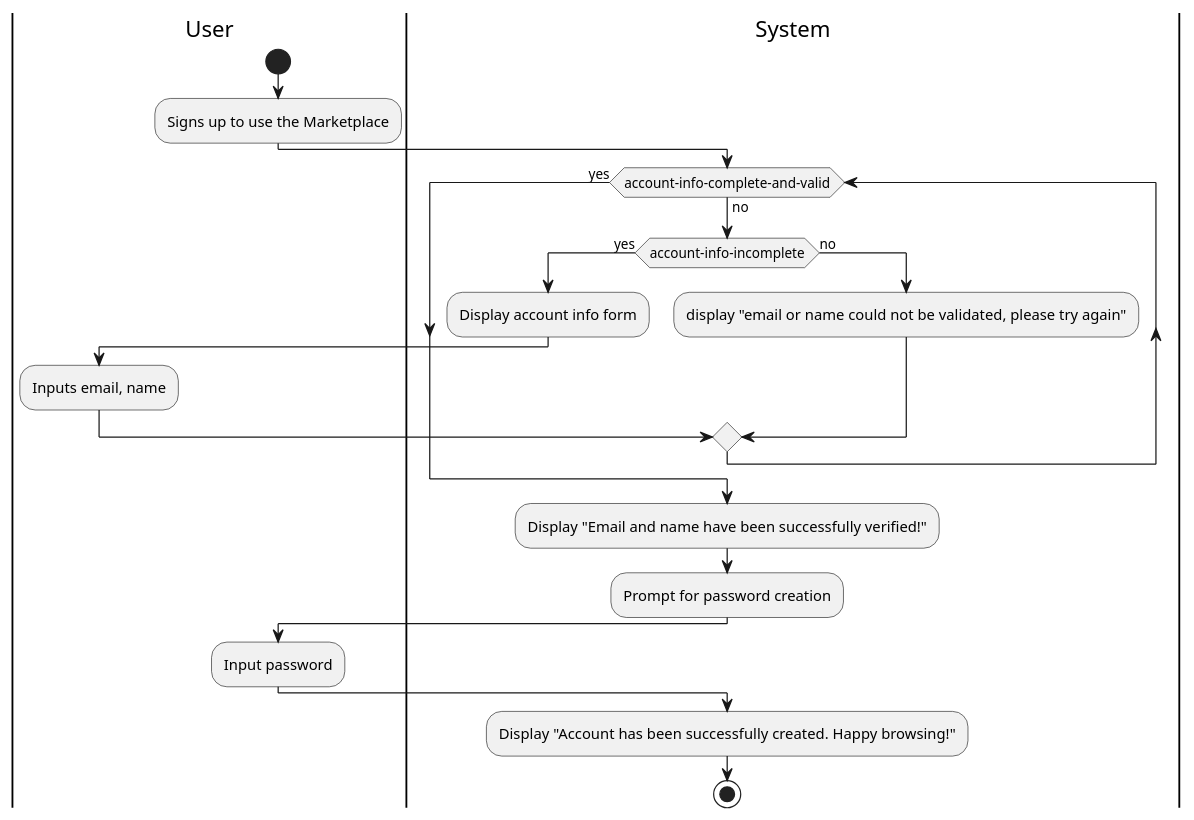
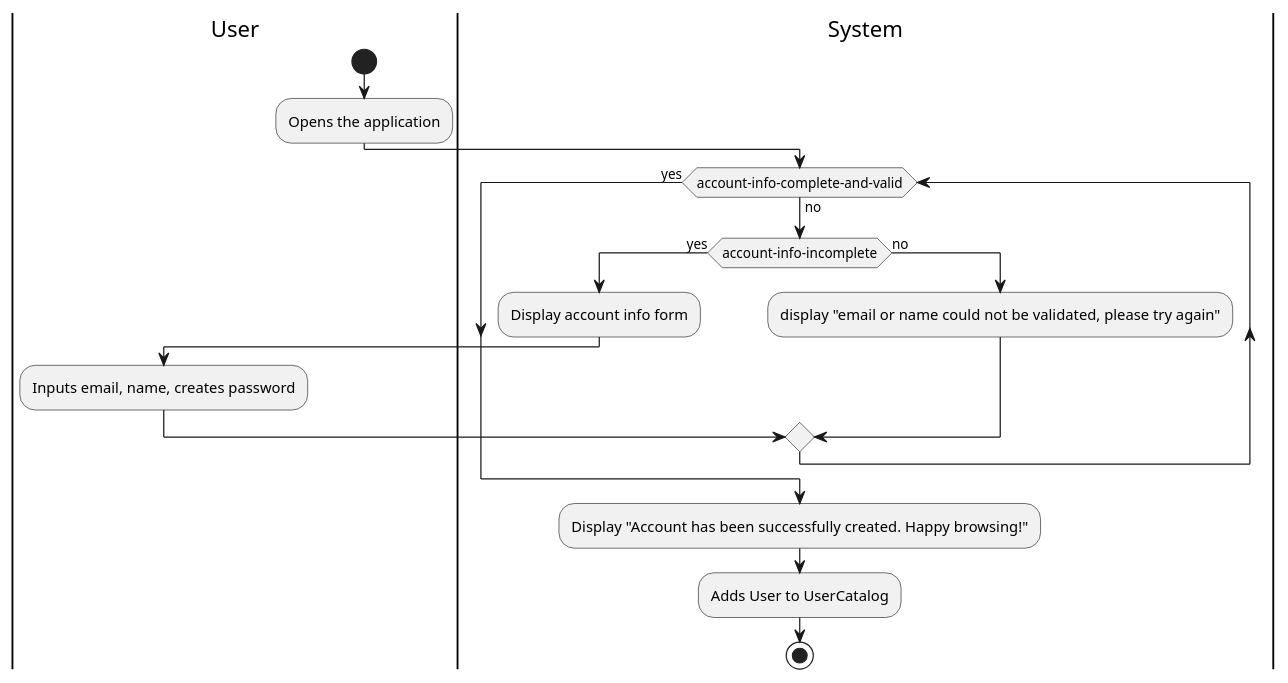
One commit to remyben-creator/Marketplace-Application changed the diagram in IntelliJ/Doc/use-cases/make-account.md. Above: the diagram before and after it, drawn with PlantUML. The commit also changed other lines of this file and 17 other files, not shown here.

````diff
--- a/IntelliJ/Doc/use-cases/make-account.md
+++ b/IntelliJ/Doc/use-cases/make-account.md
@@ -13,25 +13,21 @@
 ```plantuml
 |User|
 start
-:Signs up to use the Marketplace;
+:Opens the application;
 |System|
 while (account-info-complete-and-valid) is (no)
 if (account-info-incomplete) then (yes)
 :Display account info form;
 |User|
-:Inputs email, name;
+:Inputs email, name, creates password;
 |System|
 else(no)
 :display "email or name could not be validated, please try again";
 endif 
 endwhile(yes)
 |System|
-:Display "Email and name have been successfully verified!";
-:Prompt for password creation; 
-|User|
-:Input password;
-|System|
 :Display "Account has been successfully created. Happy browsing!";
+:Adds User to UserCatalog;
 Stop
 @enduml
 ```
````
